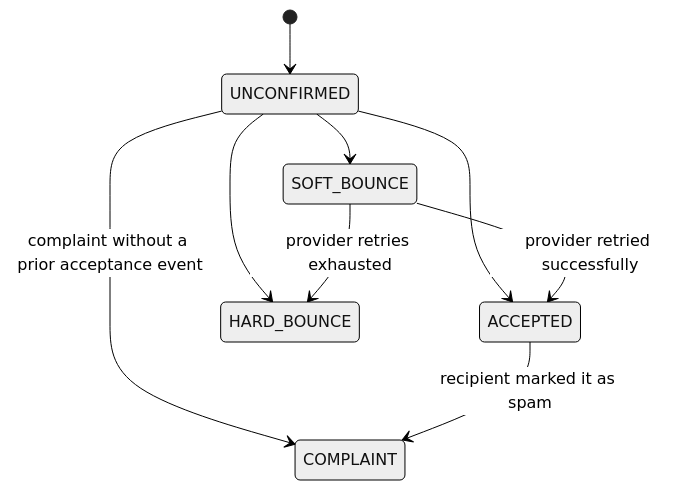
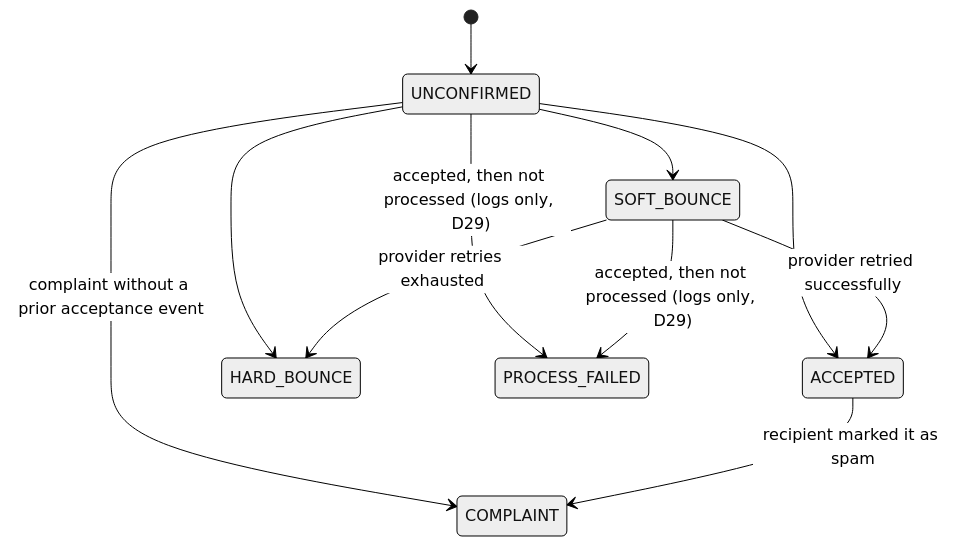
One commit to Ramioy/bulk-mailer-backend changed the fifth of 6 diagrams in docs/architecture/arquitectura.md. Above: the diagram before and after it, drawn with Mermaid (neutral theme). The commit also changed other lines of this file and 25 other files, not shown here.

First line of the commit message:
Unknown 400 is a rejection, process failed is resendable, mock case fix (D28-D30)

````diff
--- a/docs/architecture/arquitectura.md
+++ b/docs/architecture/arquitectura.md
@@ -213,11 +213,13 @@
 ```mermaid
 stateDiagram-v2
     [*] --> UNCONFIRMED
     UNCONFIRMED --> SOFT_BOUNCE
     UNCONFIRMED --> ACCEPTED
     UNCONFIRMED --> HARD_BOUNCE
     UNCONFIRMED --> COMPLAINT: complaint without a prior acceptance event
     SOFT_BOUNCE --> ACCEPTED: provider retried successfully
     SOFT_BOUNCE --> HARD_BOUNCE: provider retries exhausted
     ACCEPTED --> COMPLAINT: recipient marked it as spam
+    UNCONFIRMED --> PROCESS_FAILED: accepted, then not processed (logs only, D29)
+    SOFT_BOUNCE --> PROCESS_FAILED: accepted, then not processed (logs only, D29)
 ```
````
